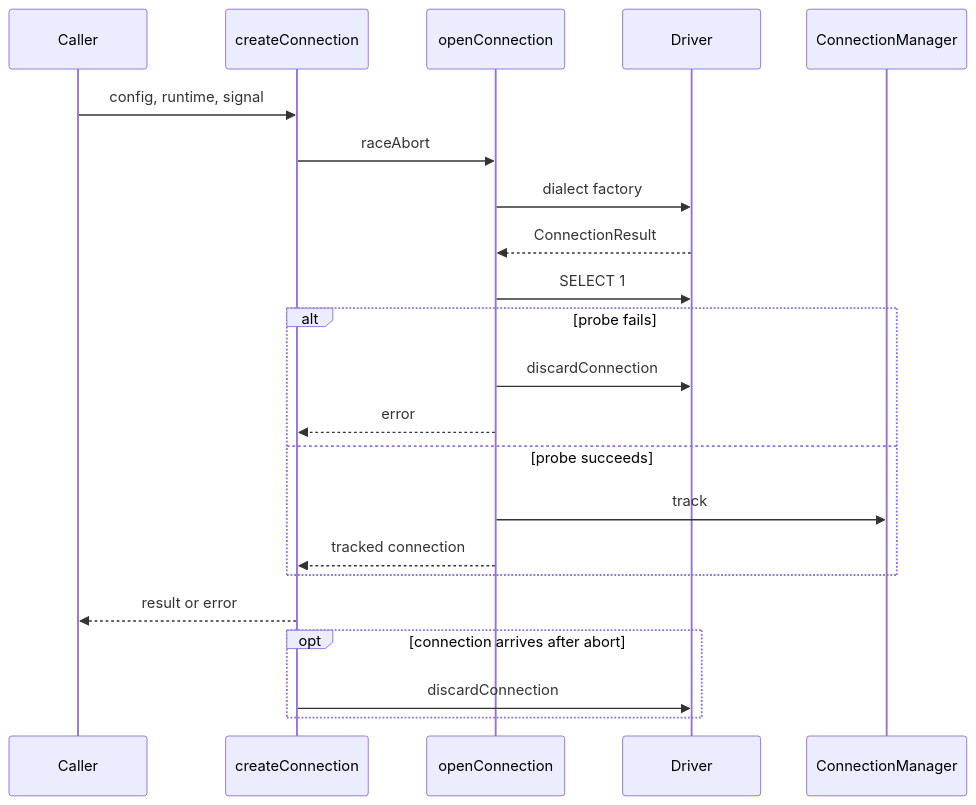
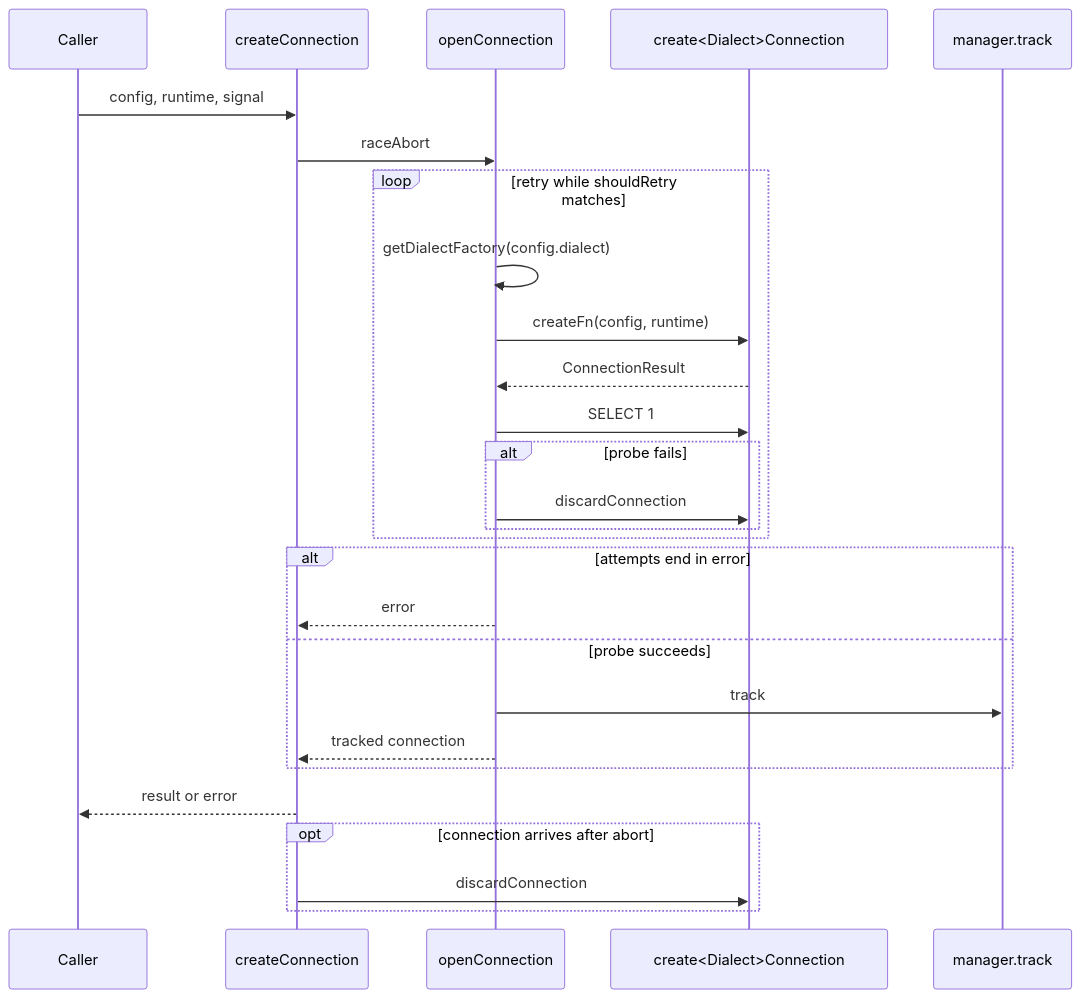
One commit to noormdev/noorm changed the first of 5 diagrams in docs/wiki/core-db.md. Above: the diagram before and after it, drawn with Mermaid. The commit also changed other lines of this file and 349 other files, not shown here.

````diff
--- a/docs/wiki/core-db.md
+++ b/docs/wiki/core-db.md
@@ -28,26 +33,31 @@
 ```mermaid
 sequenceDiagram
-    %% source: src/core/connection/factory.ts
+    %% source: src/core/connection/factory.ts, src/core/connection/dialects/*.ts, src/core/connection/manager.ts
     participant Caller
     participant Factory as createConnection
     participant Open as openConnection
-    participant Driver
-    participant Manager as ConnectionManager
+    participant Dialect as create#lt;Dialect#gt;Connection
+    participant Manager as manager.track
 
     Caller->>Factory: config, runtime, signal
     Factory->>Open: raceAbort
-    Open->>Driver: dialect factory
-    Driver-->>Open: ConnectionResult
-    Open->>Driver: SELECT 1
-    alt probe fails
-        Open->>Driver: discardConnection
+    loop retry while shouldRetry matches
+        Open->>Open: getDialectFactory(config.dialect)
+        Open->>Dialect: createFn(config, runtime)
+        Dialect-->>Open: ConnectionResult
+        Open->>Dialect: SELECT 1
+        alt probe fails
+            Open->>Dialect: discardConnection
+        end
+    end
+    alt attempts end in error
         Open-->>Factory: error
     else probe succeeds
         Open->>Manager: track
         Open-->>Factory: tracked connection
     end
     Factory-->>Caller: result or error
     opt connection arrives after abort
-        Factory->>Driver: discardConnection
+        Factory->>Dialect: discardConnection
     end
 ```
````
